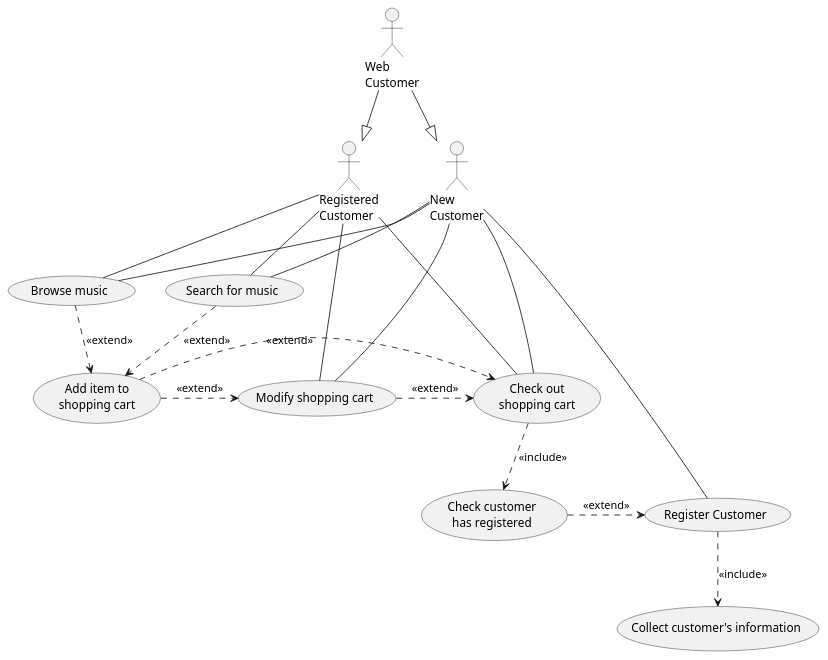
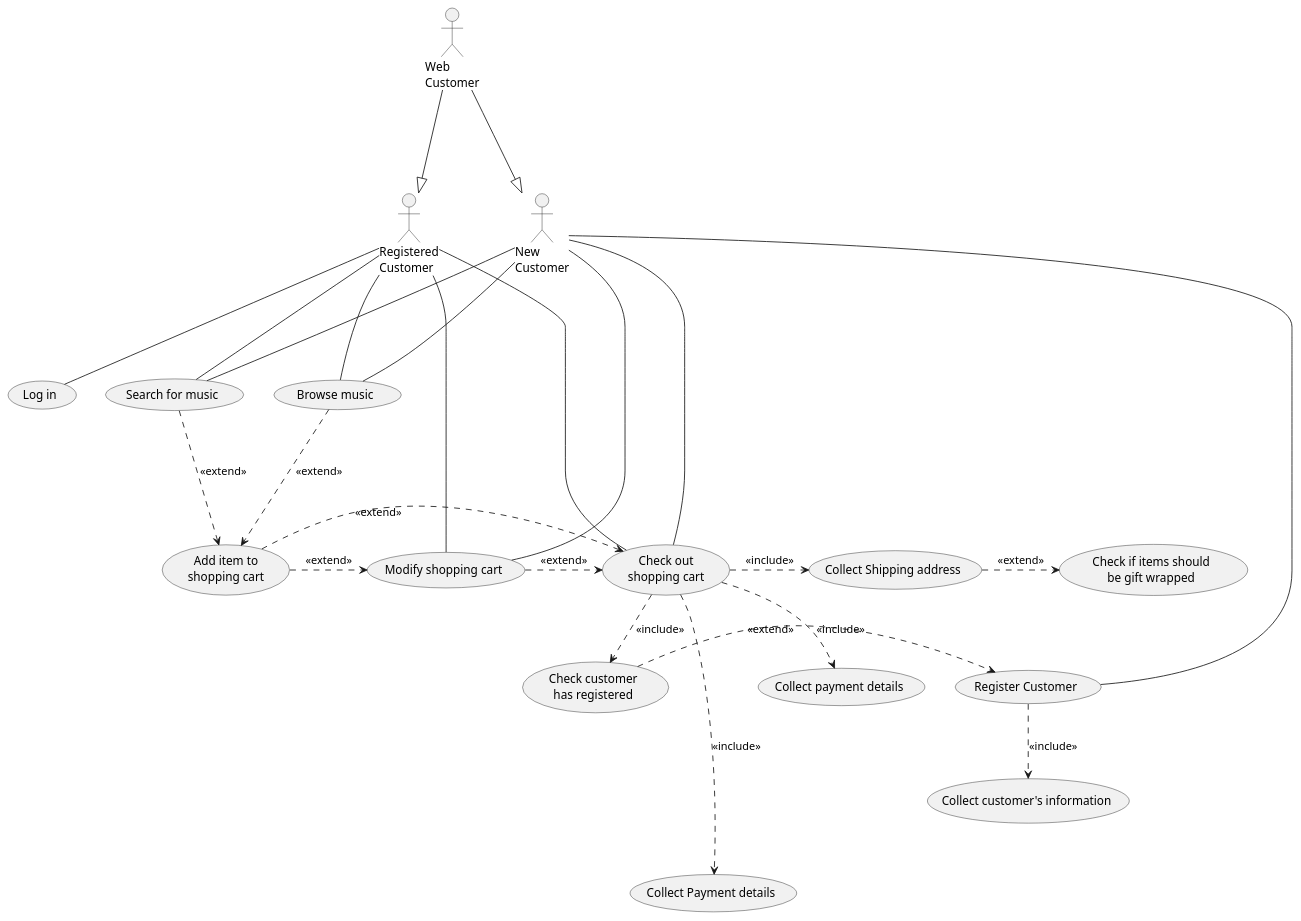
Before and after one commit to shaystevens/INFO201-assignments: the diagram in milestone2/onlineshopping.puml, drawn with PlantUML.

Commit message:
Final online shopping activity diagram

```diff
--- a/milestone2/onlineshopping.puml
+++ b/milestone2/onlineshopping.puml
@@ -1,35 +1,45 @@
 @startuml onlineshopping
 actor :Registered\nCustomer: as RegisteredCustomer
 actor :New\nCustomer: as NewCustomer
 actor :Web\nCustomer: as WebCustomer
 
 usecase (Search for music) as SearchForMusic
 usecase (Browse music) as BrowseMusic
 usecase (Add item to\nshopping cart) as AddItem
 usecase (Modify shopping cart) as ModifyCart
 usecase (Check out\nshopping cart) as Checkout 
 usecase (Register Customer) as RegisterCustomer 
 usecase (Collect customer's information) as CollectCustomerInformation
 usecase (Check customer\nhas registered) as checkregister
+usecase (Collect Shipping address) as CollectAddress
+usecase (Collect Payment details) as CollectPayment
+usecase (Check if items should\nbe gift wrapped) as GiftWrap
+usecase (Collect payment details) as PaymentDetails
+usecase (Log in) as Login
 
+RegisteredCustomer --- Login
 NewCustomer -- RegisterCustomer
-RegisteredCustomer -- BrowseMusic
-NewCustomer -- BrowseMusic
-RegisteredCustomer -- SearchForMusic
-NewCustomer -- SearchForMusic
+RegisteredCustomer --- BrowseMusic
+NewCustomer --- BrowseMusic
+RegisteredCustomer --- SearchForMusic
+NewCustomer --- SearchForMusic
 AddItem .> Checkout : <<extend>>
-SearchForMusic ..> AddItem : <<extend>>
+SearchForMusic ...> AddItem : <<extend>>
 BrowseMusic .> AddItem : <<extend>>
 RegisteredCustomer -- ModifyCart 
 NewCustomer -- ModifyCart
 ModifyCart .> Checkout : <<extend>>
 AddItem .> ModifyCart : <<extend>>
 NewCustomer -- Checkout
 RegisteredCustomer -- Checkout
-WebCustomer --|> RegisteredCustomer
-WebCustomer --|> NewCustomer
+WebCustomer ---|> RegisteredCustomer
+WebCustomer ---|> NewCustomer
 RegisterCustomer ..> CollectCustomerInformation : <<include>>
 Checkout ..> checkregister : <<include>>
 checkregister .> RegisterCustomer : <<extend>>
+Checkout .> CollectAddress : <<include>>
+Checkout ....> CollectPayment : <<include>>
+CollectAddress .> GiftWrap : <<extend>>
+Checkout ..> PaymentDetails : <<include>>
 
 @enduml
```
